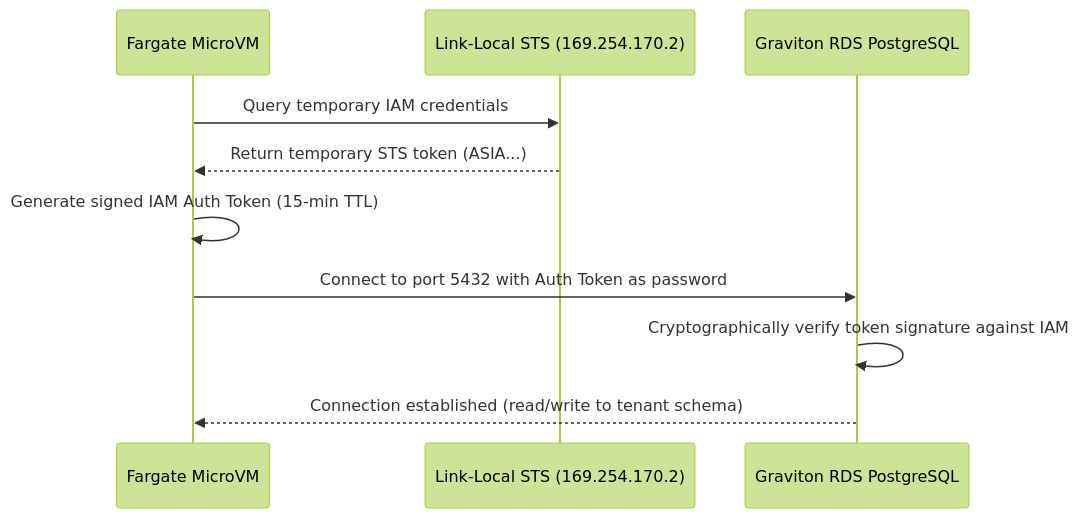
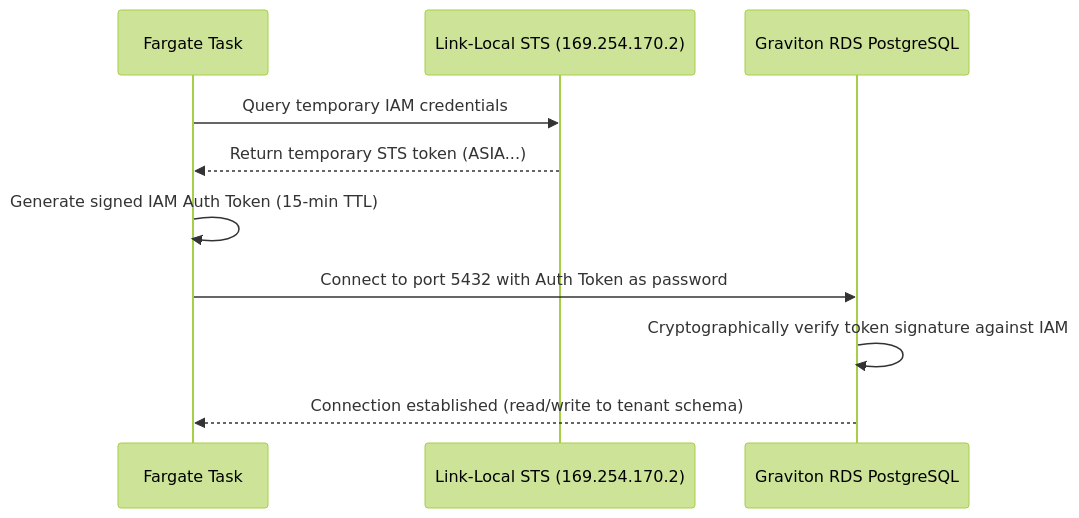
The diagram in docs/security.md (rgayan12/trybase), drawn with Mermaid (forest theme) before and after one commit. The commit also changed other lines of this file and 4 other files, not shown here.

Commit message:
docs: update terminology from microvms to fargate task-level isolation and clarify security scopes

````diff
--- a/docs/security.md
+++ b/docs/security.md
@@ -87,13 +86,13 @@
 ```mermaid
 sequenceDiagram
-    participant App as Fargate MicroVM
+    participant App as Fargate Task
     participant STS as Link-Local STS (169.254.170.2)
     participant RDS as Graviton RDS PostgreSQL
 
     App->>STS: Query temporary IAM credentials
     STS-->>App: Return temporary STS token (ASIA...)
     App->>App: Generate signed IAM Auth Token (15-min TTL)
     App->>RDS: Connect to port 5432 with Auth Token as password
     RDS->>RDS: Cryptographically verify token signature against IAM
     RDS-->>App: Connection established (read/write to tenant schema)
 ```
````
